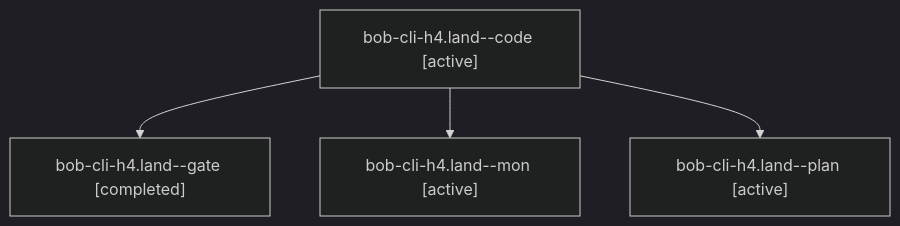
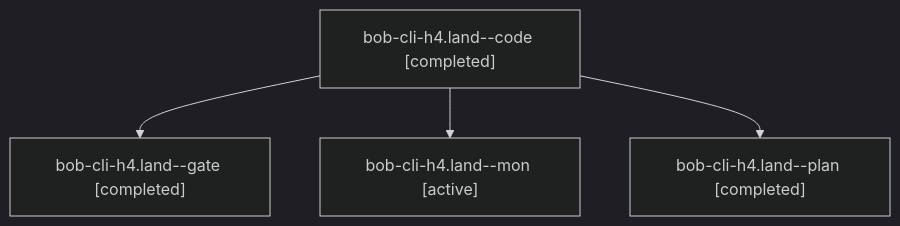
One commit to bobs-org/bob-cli--agents changed the diagram in sessions/bbugyi200.athena.bob-cli-h4.land.md. Above: the diagram before and after it, drawn with Mermaid (dark theme). The commit also changed other lines of this file and 122 other files, not shown here.

````diff
--- a/sessions/bbugyi200.athena.bob-cli-h4.land.md
+++ b/sessions/bbugyi200.athena.bob-cli-h4.land.md
@@ -9,10 +9,10 @@
 ```mermaid
 flowchart TD
-  n0["bob-cli-h4.land--code [active]"]
+  n0["bob-cli-h4.land--code [completed]"]
   n1["bob-cli-h4.land--gate [completed]"]
   n0 --> n1
   n2["bob-cli-h4.land--mon [active]"]
   n0 --> n2
-  n3["bob-cli-h4.land--plan [active]"]
+  n3["bob-cli-h4.land--plan [completed]"]
   n0 --> n3
 ```
````
